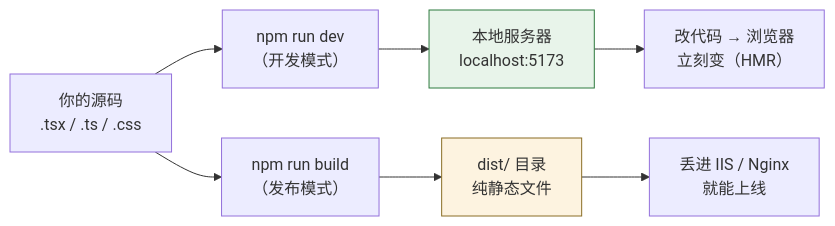
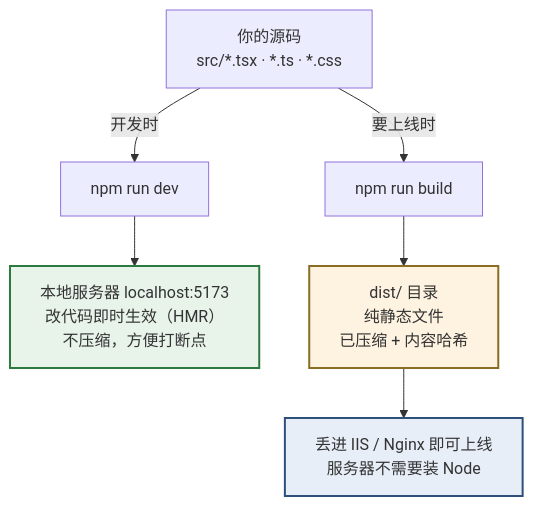
The fourth of 4 diagrams in Day 1 — 工具链.md (zerioo1970/JSTS), drawn with Mermaid before and after one commit. The commit also changed other lines of this file, not shown here.

First line of the commit message:
fix: Mermaid 图改为纵向窄版，最宽不超过 2 列

````diff
--- a/Day 1 — 工具链.md
+++ b/Day 1 — 工具链.md
@@ -503,15 +479,15 @@
 ```mermaid
-graph LR
-  S["你的源码<br/>.tsx / .ts / .css"]
+graph TB
+  S["你的源码<br/>src/*.tsx · *.ts · *.css"]
 
-  S --> D["npm run dev<br/>（开发模式）"]
-  D --> D2["本地服务器<br/>localhost:5173"]
-  D2 --> D3["改代码 → 浏览器<br/>立刻变（HMR）"]
+  S -->|"开发时"| D["npm run dev"]
+  S -->|"要上线时"| B["npm run build"]
 
-  S --> B["npm run build<br/>（发布模式）"]
-  B --> B2["dist/ 目录<br/>纯静态文件"]
-  B2 --> B3["丢进 IIS / Nginx<br/>就能上线"]
+  D --> D2["本地服务器 localhost:5173<br/>改代码即时生效（HMR）<br/>不压缩，方便打断点"]
+  B --> B2["dist/ 目录<br/>纯静态文件<br/>已压缩 + 内容哈希"]
+  B2 --> B3["丢进 IIS / Nginx 即可上线<br/>服务器不需要装 Node"]
 
-  style D2 fill:#e8f4ea,stroke:#2d7a3e
-  style B2 fill:#fdf3e0,stroke:#8a6d24
+  style D2 fill:#e8f4ea,stroke:#2d7a3e,stroke-width:2px
+  style B2 fill:#fdf3e0,stroke:#8a6d24,stroke-width:2px
+  style B3 fill:#e8eef8,stroke:#2d4f7a,stroke-width:2px
 ```
````
